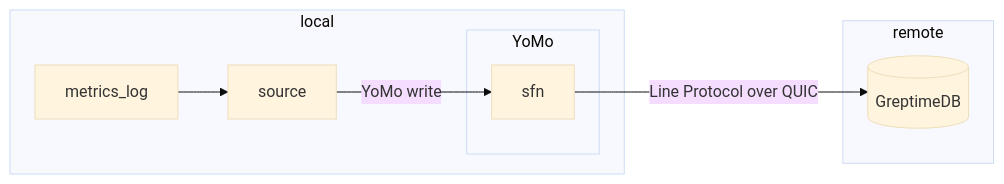
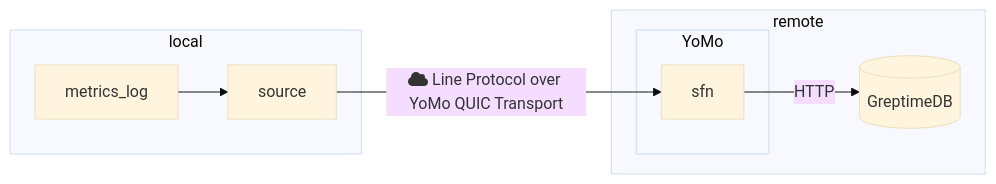
Before and after one commit to yomorun/GreptimeDB-YoMo: the diagram in README.md, drawn with Mermaid (base theme). The commit also changed other lines of this file, not shown here.

````diff
--- a/README.md
+++ b/README.md
@@ -7,23 +8,23 @@
 ```mermaid
 flowchart LR
     greptimedb[(GreptimeDB)]
 
     subgraph yomo[YoMo]
       sfn
     end
 
     subgraph local
-      yomo
       metrics_log
       source
     end
 
     subgraph remote
+      yomo
       greptimedb
     end
 
     metrics_log --> source
-    source --> |YoMo write| sfn
-    sfn --> |Line Protocol over QUIC| greptimedb
+    source --> |fa:fa-cloud Line Protocol over YoMo QUIC Transport| sfn
+    sfn --> |HTTP| greptimedb
 
 ```
````
